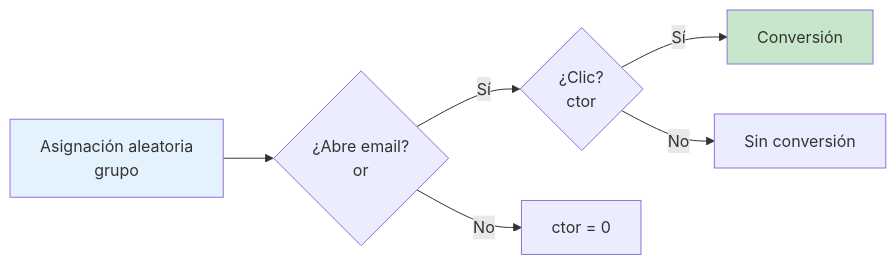
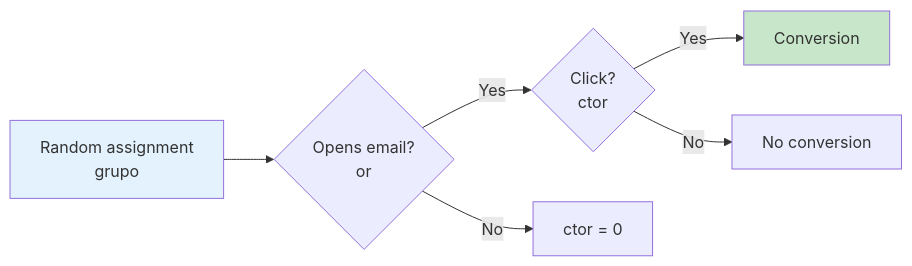
Before and after one commit to juandapradam12/causal-email-nudge-experiment: the diagram in docs/GUIA_CONCEPTUAL_TECNICA.md, drawn with Mermaid. The commit also changed other lines of this file and 2 other files, not shown here.

````diff
--- a/docs/GUIA_CONCEPTUAL_TECNICA.md
+++ b/docs/GUIA_CONCEPTUAL_TECNICA.md
@@ -324,11 +342,11 @@
 ```mermaid
 flowchart LR
-    A[Asignación aleatoria<br/>grupo] --> B{¿Abre email?<br/>or}
-    B -->|Sí| C{¿Clic?<br/>ctor}
+    A[Random assignment<br/>grupo] --> B{Opens email?<br/>or}
+    B -->|Yes| C{Click?<br/>ctor}
     B -->|No| D[ctor = 0]
-    C -->|Sí| E[Conversión]
-    C -->|No| F[Sin conversión]
+    C -->|Yes| E[Conversion]
+    C -->|No| F[No conversion]
 
     style A fill:#e3f2fd
     style E fill:#c8e6c9
 ```
````
